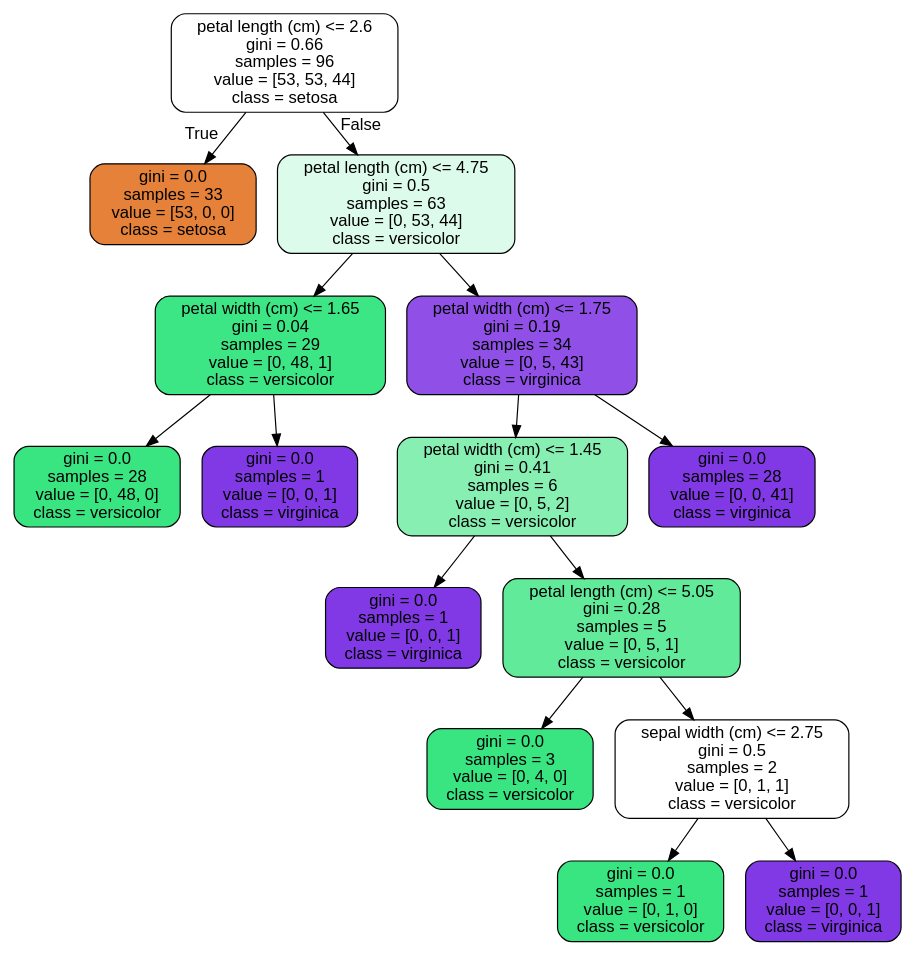
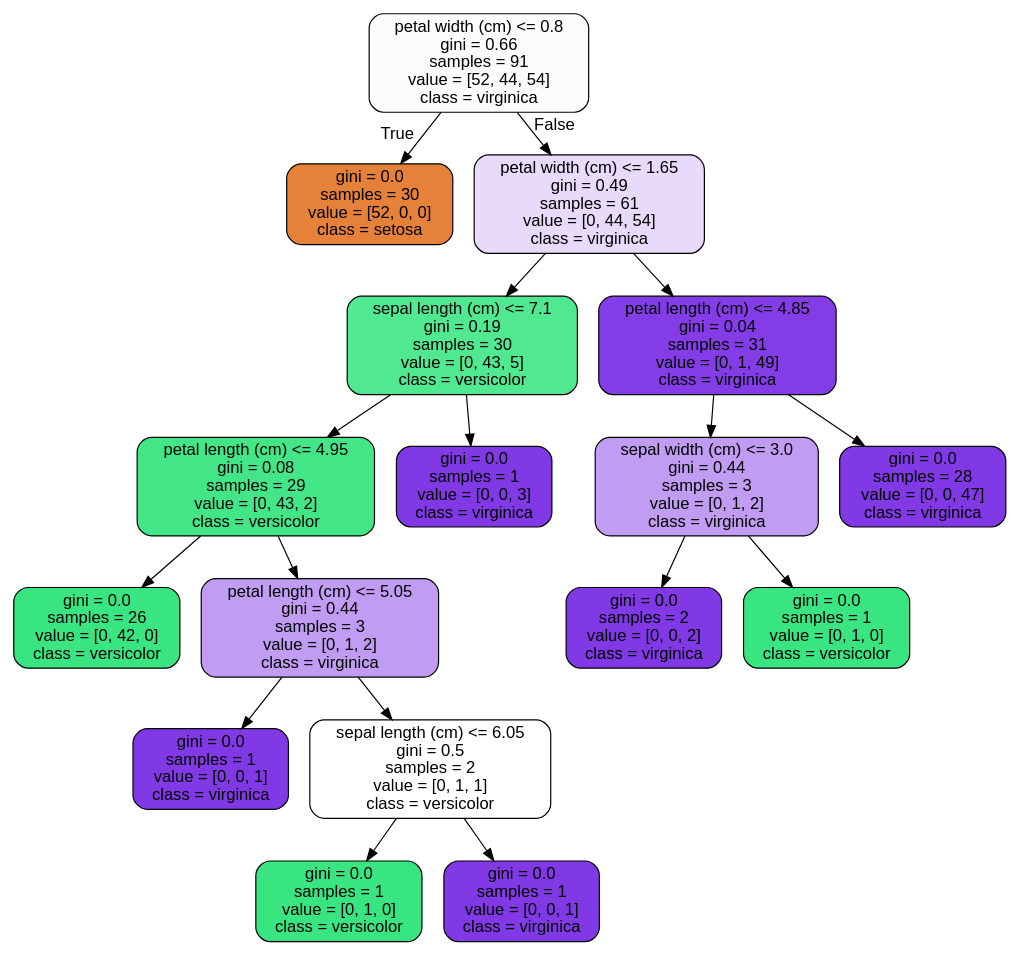
The diagram in Random forest Covid case study/tree.dot (squareleaf/SpringboardDS), drawn with Graphviz before and after one commit. The commit also changed 5 other files, not shown here.

```diff
--- a/Random forest Covid case study/tree.dot
+++ b/Random forest Covid case study/tree.dot
@@ -1,33 +1,37 @@
 digraph Tree {
 node [shape=box, style="filled, rounded", color="black", fontname=helvetica] ;
 edge [fontname=helvetica] ;
-0 [label="petal length (cm) <= 2.6\ngini = 0.66\nsamples = 96\nvalue = [53, 53, 44]\nclass = setosa", fillcolor="#ffffff"] ;
-1 [label="gini = 0.0\nsamples = 33\nvalue = [53, 0, 0]\nclass = setosa", fillcolor="#e58139"] ;
+0 [label="petal width (cm) <= 0.8\ngini = 0.66\nsamples = 91\nvalue = [52, 44, 54]\nclass = virginica", fillcolor="#fcfbfe"] ;
+1 [label="gini = 0.0\nsamples = 30\nvalue = [52, 0, 0]\nclass = setosa", fillcolor="#e58139"] ;
 0 -> 1 [labeldistance=2.5, labelangle=45, headlabel="True"] ;
-2 [label="petal length (cm) <= 4.75\ngini = 0.5\nsamples = 63\nvalue = [0, 53, 44]\nclass = versicolor", fillcolor="#ddfbea"] ;
+2 [label="petal width (cm) <= 1.65\ngini = 0.49\nsamples = 61\nvalue = [0, 44, 54]\nclass = virginica", fillcolor="#e8dafa"] ;
 0 -> 2 [labeldistance=2.5, labelangle=-45, headlabel="False"] ;
-3 [label="petal width (cm) <= 1.65\ngini = 0.04\nsamples = 29\nvalue = [0, 48, 1]\nclass = versicolor", fillcolor="#3de684"] ;
+3 [label="sepal length (cm) <= 7.1\ngini = 0.19\nsamples = 30\nvalue = [0, 43, 5]\nclass = versicolor", fillcolor="#50e890"] ;
 2 -> 3 ;
-4 [label="gini = 0.0\nsamples = 28\nvalue = [0, 48, 0]\nclass = versicolor", fillcolor="#39e581"] ;
+4 [label="petal length (cm) <= 4.95\ngini = 0.08\nsamples = 29\nvalue = [0, 43, 2]\nclass = versicolor", fillcolor="#42e687"] ;
 3 -> 4 ;
-5 [label="gini = 0.0\nsamples = 1\nvalue = [0, 0, 1]\nclass = virginica", fillcolor="#8139e5"] ;
-3 -> 5 ;
-6 [label="petal width (cm) <= 1.75\ngini = 0.19\nsamples = 34\nvalue = [0, 5, 43]\nclass = virginica", fillcolor="#9050e8"] ;
-2 -> 6 ;
-7 [label="petal width (cm) <= 1.45\ngini = 0.41\nsamples = 6\nvalue = [0, 5, 2]\nclass = versicolor", fillcolor="#88efb3"] ;
+5 [label="gini = 0.0\nsamples = 26\nvalue = [0, 42, 0]\nclass = versicolor", fillcolor="#39e581"] ;
+4 -> 5 ;
+6 [label="petal length (cm) <= 5.05\ngini = 0.44\nsamples = 3\nvalue = [0, 1, 2]\nclass = virginica", fillcolor="#c09cf2"] ;
+4 -> 6 ;
+7 [label="gini = 0.0\nsamples = 1\nvalue = [0, 0, 1]\nclass = virginica", fillcolor="#8139e5"] ;
 6 -> 7 ;
-8 [label="gini = 0.0\nsamples = 1\nvalue = [0, 0, 1]\nclass = virginica", fillcolor="#8139e5"] ;
-7 -> 8 ;
-9 [label="petal length (cm) <= 5.05\ngini = 0.28\nsamples = 5\nvalue = [0, 5, 1]\nclass = versicolor", fillcolor="#61ea9a"] ;
-7 -> 9 ;
-10 [label="gini = 0.0\nsamples = 3\nvalue = [0, 4, 0]\nclass = versicolor", fillcolor="#39e581"] ;
-9 -> 10 ;
-11 [label="sepal width (cm) <= 2.75\ngini = 0.5\nsamples = 2\nvalue = [0, 1, 1]\nclass = versicolor", fillcolor="#ffffff"] ;
-9 -> 11 ;
-12 [label="gini = 0.0\nsamples = 1\nvalue = [0, 1, 0]\nclass = versicolor", fillcolor="#39e581"] ;
-11 -> 12 ;
-13 [label="gini = 0.0\nsamples = 1\nvalue = [0, 0, 1]\nclass = virginica", fillcolor="#8139e5"] ;
-11 -> 13 ;
-14 [label="gini = 0.0\nsamples = 28\nvalue = [0, 0, 41]\nclass = virginica", fillcolor="#8139e5"] ;
-6 -> 14 ;
+8 [label="sepal length (cm) <= 6.05\ngini = 0.5\nsamples = 2\nvalue = [0, 1, 1]\nclass = versicolor", fillcolor="#ffffff"] ;
+6 -> 8 ;
+9 [label="gini = 0.0\nsamples = 1\nvalue = [0, 1, 0]\nclass = versicolor", fillcolor="#39e581"] ;
+8 -> 9 ;
+10 [label="gini = 0.0\nsamples = 1\nvalue = [0, 0, 1]\nclass = virginica", fillcolor="#8139e5"] ;
+8 -> 10 ;
+11 [label="gini = 0.0\nsamples = 1\nvalue = [0, 0, 3]\nclass = virginica", fillcolor="#8139e5"] ;
+3 -> 11 ;
+12 [label="petal length (cm) <= 4.85\ngini = 0.04\nsamples = 31\nvalue = [0, 1, 49]\nclass = virginica", fillcolor="#843de6"] ;
+2 -> 12 ;
+13 [label="sepal width (cm) <= 3.0\ngini = 0.44\nsamples = 3\nvalue = [0, 1, 2]\nclass = virginica", fillcolor="#c09cf2"] ;
+12 -> 13 ;
+14 [label="gini = 0.0\nsamples = 2\nvalue = [0, 0, 2]\nclass = virginica", fillcolor="#8139e5"] ;
+13 -> 14 ;
+15 [label="gini = 0.0\nsamples = 1\nvalue = [0, 1, 0]\nclass = versicolor", fillcolor="#39e581"] ;
+13 -> 15 ;
+16 [label="gini = 0.0\nsamples = 28\nvalue = [0, 0, 47]\nclass = virginica", fillcolor="#8139e5"] ;
+12 -> 16 ;
 }
```
